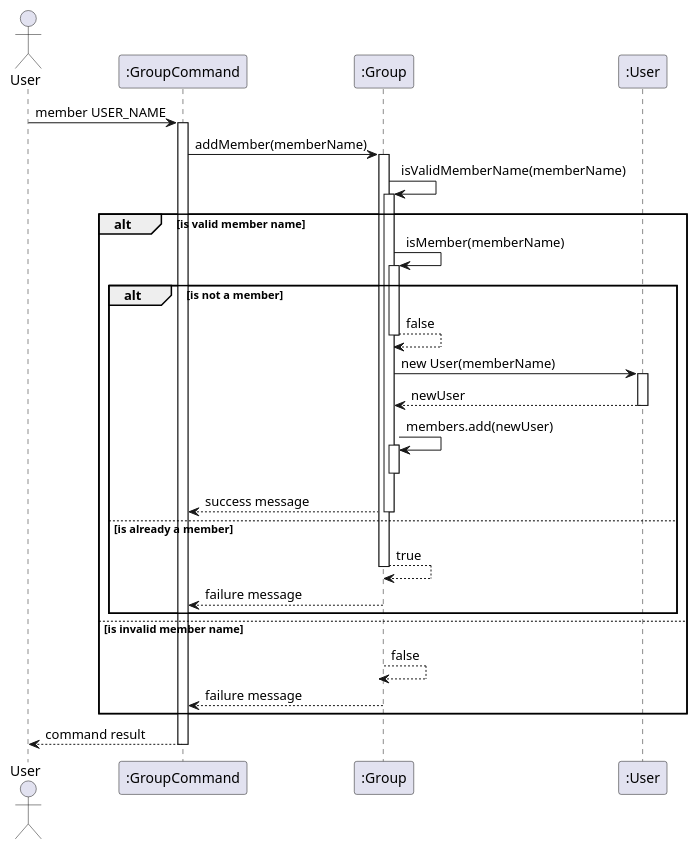
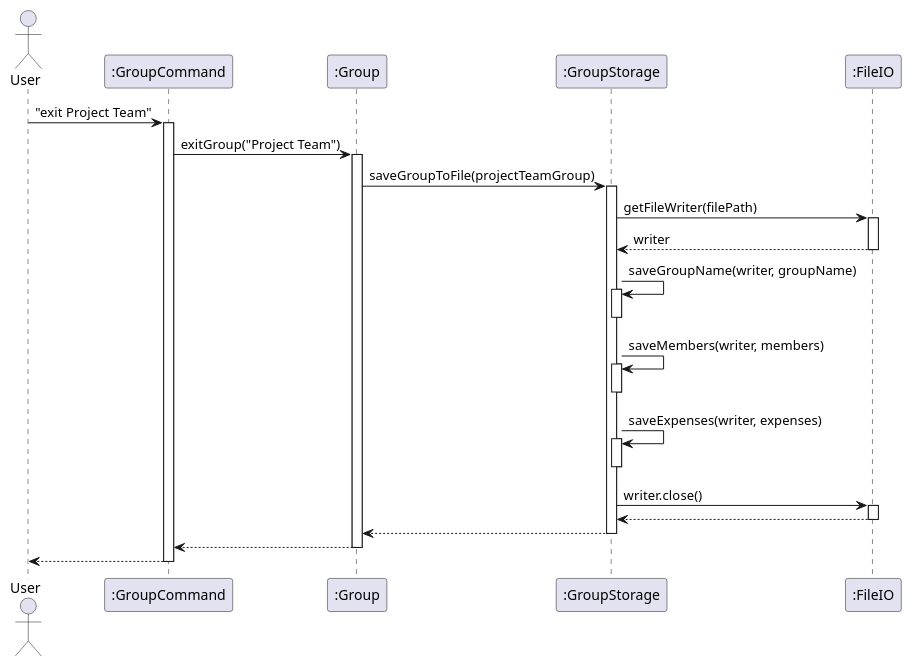
One commit to mukund1403/tp changed the diagram in docs/diagrams/groupStorage1.puml. Above: the diagram before and after it, drawn with PlantUML. The commit also changed 5 other files, not shown here.

```diff
--- a/docs/diagrams/groupStorage1.puml
+++ b/docs/diagrams/groupStorage1.puml
@@ -1,50 +1,47 @@
 @startuml
 actor User
 participant ":GroupCommand" as GroupCommand
 participant ":Group" as Group
-participant ":User" as NewUser
+participant ":GroupStorage" as GroupStorage
+participant ":FileIO" as FileIO
 
-User -> GroupCommand: member USER_NAME
+User -> GroupCommand: "exit Project Team"
 activate GroupCommand
 
-GroupCommand -> Group: addMember(memberName)
+GroupCommand -> Group: exitGroup("Project Team")
 activate Group
 
-Group -> Group: isValidMemberName(memberName)
-activate Group
-alt is valid member name
-    Group -> Group: isMember(memberName)
-    activate Group
-    alt is not a member
-        Group --> Group: false
-        deactivate Group
+Group -> GroupStorage: saveGroupToFile(projectTeamGroup)
+activate GroupStorage
 
-        Group -> NewUser: new User(memberName)
-        activate NewUser
-        NewUser --> Group: newUser
-        deactivate NewUser
+GroupStorage -> FileIO: getFileWriter(filePath)
+activate FileIO
+FileIO --> GroupStorage: writer
+deactivate FileIO
 
-        Group -> Group: members.add(newUser)
-        activate Group
-        deactivate Group
+GroupStorage -> GroupStorage: saveGroupName(writer, groupName)
+activate GroupStorage
+deactivate GroupStorage
 
-        Group --> GroupCommand: success message
-        deactivate Group
-    else is already a member
-        Group --> Group: true
-        deactivate Group
+GroupStorage -> GroupStorage: saveMembers(writer, members)
+activate GroupStorage
+deactivate GroupStorage
 
-        Group --> GroupCommand: failure message
-        deactivate Group
-    end
-else is invalid member name
-    Group --> Group: false
-    deactivate Group
+GroupStorage -> GroupStorage: saveExpenses(writer, expenses)
+activate GroupStorage
+deactivate GroupStorage
 
-    Group --> GroupCommand: failure message
-    deactivate Group
-end
+GroupStorage -> FileIO: writer.close()
+activate FileIO
+FileIO --> GroupStorage
+deactivate FileIO
 
-GroupCommand --> User: command result
+GroupStorage --> Group
+deactivate GroupStorage
+
+Group --> GroupCommand
+deactivate Group
+
+GroupCommand --> User
 deactivate GroupCommand
 @enduml
```
